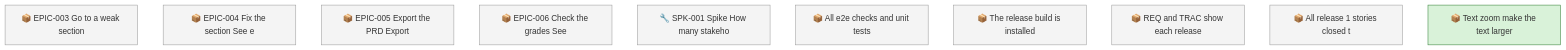
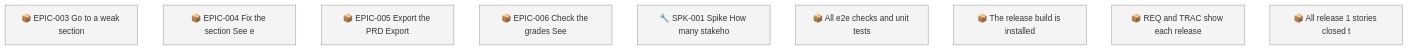
The first of 2 diagrams in docs/roadmap.md (SpillwaveSolutions/prd-forge-viewer), drawn with Mermaid before and after one commit. The commit also changed other lines of this file and 13 other files, not shown here.

First line of the commit message:
feat: text zoom

````diff
--- a/docs/roadmap.md
+++ b/docs/roadmap.md
@@ -68,17 +64,14 @@
 ```mermaid
 graph TD
     01M61XNJQPA0F7H1BG56ERNJ3P["📦 EPIC-003 Go to a weak section"]
     01M61XNK50616FWM0WZ4FGWGEB["📦 EPIC-004 Fix the section See e"]
     01M61XNK9MPMV0RAEKPX0JC3K4["📦 EPIC-005 Export the PRD Export"]
     01M61XNM7GHPSJ1B96BCHA59ZE["📦 EPIC-006 Check the grades See"]
     01M61XNM9NY7F4D4V7400J56X9["🔧 SPK-001 Spike How many stakeho"]
     01M62C7REGCD2R415FMWFCZMV8["📦 All e2e checks and unit tests"]
     01M62C7REGCD2R415FMWFCZMVA["📦 The release build is installed"]
     01M62C7REHN9N2P8Z19K0EPA0F["📦 REQ and TRAC show each release"]
     01M62C7REHN9N2P8Z19K0EPA0H["📦 All release 1 stories closed t"]
-    01M677QK6YTWSKBMRNXRVHVYVR["📦 Text zoom make the text larger"]
     classDef todo fill:#f4f4f4,stroke:#999999
     class 01M61XNJQPA0F7H1BG56ERNJ3P,01M61XNK50616FWM0WZ4FGWGEB,01M61XNK9MPMV0RAEKPX0JC3K4,01M61XNM7GHPSJ1B96BCHA59ZE,01M61XNM9NY7F4D4V7400J56X9,01M62C7REGCD2R415FMWFCZMV8,01M62C7REGCD2R415FMWFCZMVA,01M62C7REHN9N2P8Z19K0EPA0F,01M62C7REHN9N2P8Z19K0EPA0H todo
-    classDef in_progress fill:#d9f2d9,stroke:#2e7d32
-    class 01M677QK6YTWSKBMRNXRVHVYVR in_progress
 ```
````
